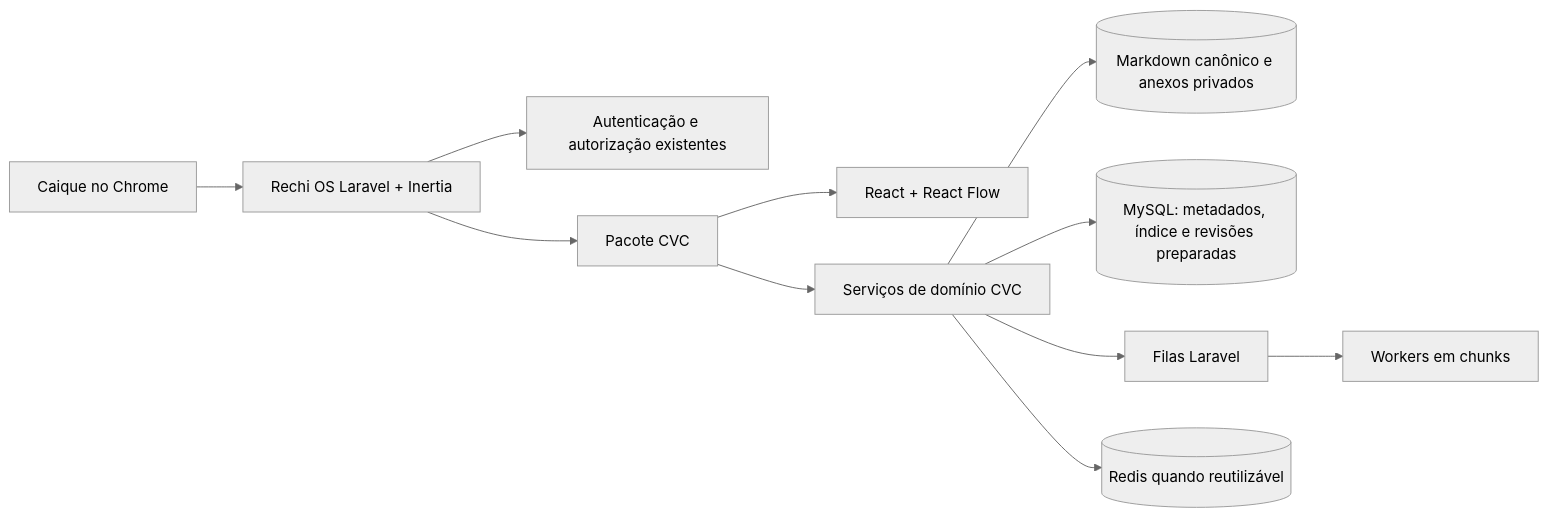
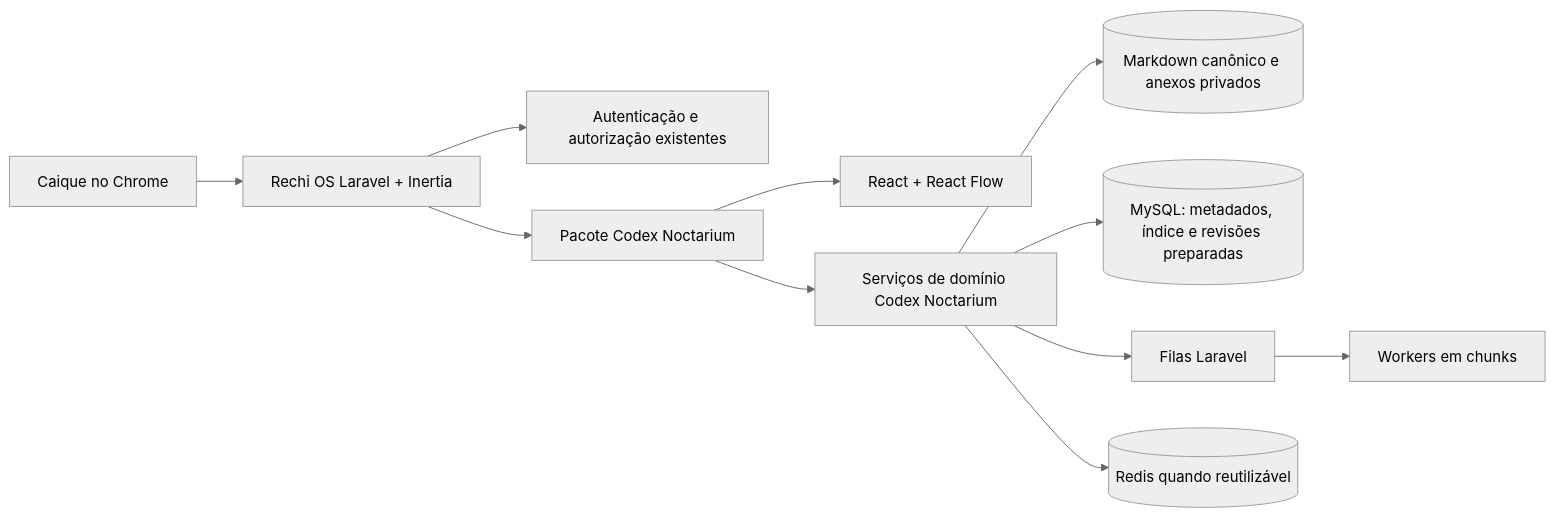
The third of 6 diagrams in docs/requirements/crow-vault-canvas.md (CaiqueRechi/Codex-Noctarium), drawn with Mermaid (neutral theme) before and after one commit. The commit also changed other lines of this file and 6 other files, not shown here.

First line of the commit message:
docs: rename the product to Codex Noctarium across the documentation

````diff
--- a/docs/requirements/crow-vault-canvas.md
+++ b/docs/requirements/crow-vault-canvas.md
@@ -435,13 +436,13 @@
 ```mermaid
 flowchart LR
     Usuario[Caique no Chrome] --> Host[Rechi OS Laravel + Inertia]
     Host --> Auth[Autenticação e autorização existentes]
-    Host --> Pacote[Pacote CVC]
+    Host --> Pacote[Pacote Codex Noctarium]
     Pacote --> UI[React + React Flow]
-    Pacote --> Dominio[Serviços de domínio CVC]
+    Pacote --> Dominio[Serviços de domínio Codex Noctarium]
     Dominio --> Vault[(Markdown canônico e anexos privados)]
     Dominio --> Meta[(MySQL: metadados, índice e revisões preparadas)]
     Dominio --> Fila[Filas Laravel]
     Fila --> Worker[Workers em chunks]
     Dominio --> Cache[(Redis quando reutilizável)]
 ```
````
